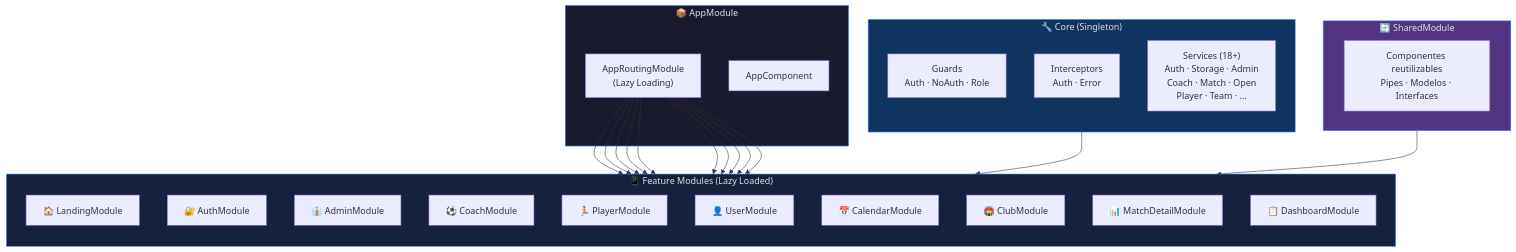
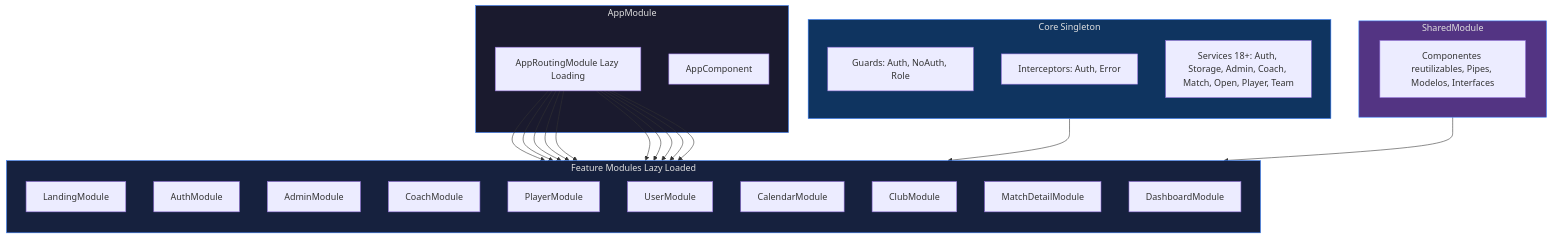
Before and after one commit to Sestmar/TFG-SergioEstudillo: the first of 3 diagrams in docs/frontend/FRONTEND.md, drawn with Mermaid. The commit also changed other lines of this file and 8 other files, not shown here.

````diff
--- a/docs/frontend/FRONTEND.md
+++ b/docs/frontend/FRONTEND.md
@@ -28,41 +28,41 @@
 ```mermaid
 graph TB
-    subgraph Root["📦 AppModule"]
-        AR["AppRoutingModule<br/>(Lazy Loading)"]
+    subgraph Root["AppModule"]
+        AR["AppRoutingModule Lazy Loading"]
         AC["AppComponent"]
     end
 
-    subgraph Core["🔧 Core (Singleton)"]
+    subgraph Core["Core Singleton"]
         direction TB
-        G["Guards<br/>Auth · NoAuth · Role"]
-        I["Interceptors<br/>Auth · Error"]
-        S["Services (18+)<br/>Auth · Storage · Admin<br/>Coach · Match · Open<br/>Player · Team · ..."]
+        G["Guards: Auth, NoAuth, Role"]
+        I["Interceptors: Auth, Error"]
+        S["Services 18+: Auth, Storage, Admin, Coach, Match, Open, Player, Team"]
     end
 
-    subgraph Features["📱 Feature Modules (Lazy Loaded)"]
+    subgraph Features["Feature Modules Lazy Loaded"]
         direction TB
-        M1["🏠 LandingModule"]
-        M2["🔐 AuthModule"]
-        M3["👔 AdminModule"]
-        M4["⚽ CoachModule"]
-        M5["🏃 PlayerModule"]
-        M6["👤 UserModule"]
-        M7["📅 CalendarModule"]
-        M8["🏟️ ClubModule"]
-        M9["📊 MatchDetailModule"]
-        M10["📋 DashboardModule"]
+        M1["LandingModule"]
+        M2["AuthModule"]
+        M3["AdminModule"]
+        M4["CoachModule"]
+        M5["PlayerModule"]
+        M6["UserModule"]
+        M7["CalendarModule"]
+        M8["ClubModule"]
+        M9["MatchDetailModule"]
+        M10["DashboardModule"]
     end
 
-    subgraph Shared["🔄 SharedModule"]
-        SM["Componentes reutilizables<br/>Pipes · Modelos · Interfaces"]
+    subgraph Shared["SharedModule"]
+        SM["Componentes reutilizables, Pipes, Modelos, Interfaces"]
     end
 
     AR --> M1 & M2 & M3 & M4 & M5 & M6 & M7 & M8 & M9 & M10
     Core --> Features
     Shared --> Features
 
     style Root fill:#1a1a2e,stroke:#3880ff,color:#e0e0e0
     style Core fill:#0f3460,stroke:#3880ff,color:#e0e0e0
     style Features fill:#16213e,stroke:#3880ff,color:#e0e0e0
     style Shared fill:#533483,stroke:#3880ff,color:#e0e0e0
 ```
````
